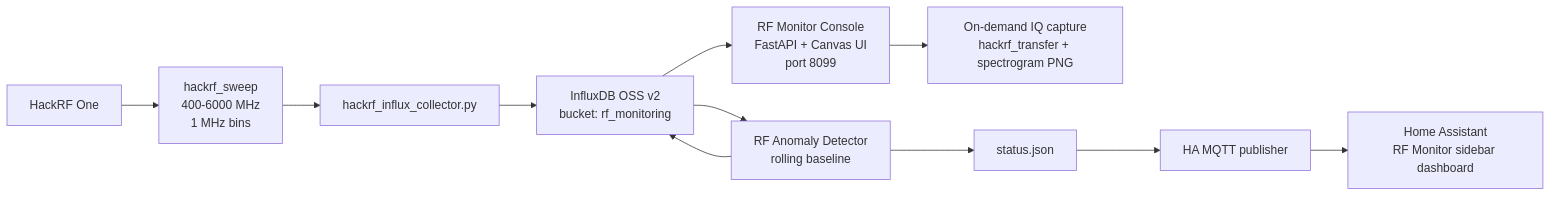
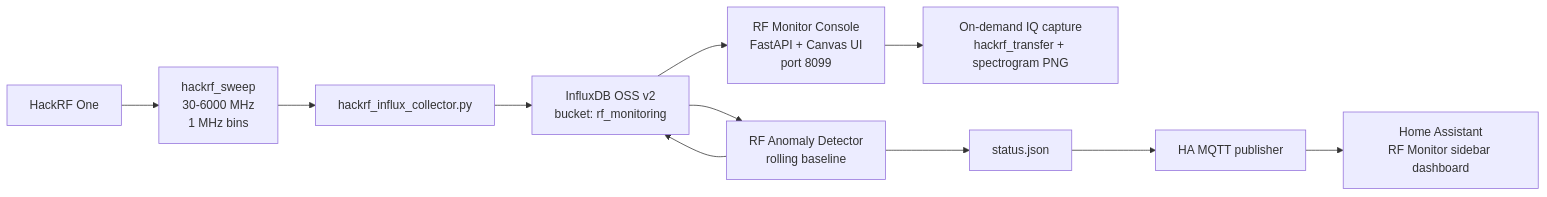
Before and after one commit to cmilkosky/linuxgr-rf-monitor: the first of 2 diagrams in README.md, drawn with Mermaid. The commit also changed 2 other files, not shown here.

Commit message:
Extend sweep coverage to 30 MHz

````diff
--- a/README.md
+++ b/README.md
@@ -18,13 +18,13 @@
 ```mermaid
 flowchart LR
-    HackRF["HackRF One"] --> Sweep["hackrf_sweep<br/>400-6000 MHz<br/>1 MHz bins"]
+    HackRF["HackRF One"] --> Sweep["hackrf_sweep<br/>30-6000 MHz<br/>1 MHz bins"]
     Sweep --> Collector["hackrf_influx_collector.py"]
     Collector --> Influx["InfluxDB OSS v2<br/>bucket: rf_monitoring"]
     Influx --> Console["RF Monitor Console<br/>FastAPI + Canvas UI<br/>port 8099"]
     Console --> Capture["On-demand IQ capture<br/>hackrf_transfer + spectrogram PNG"]
     Influx --> Detector["RF Anomaly Detector<br/>rolling baseline"]
     Detector --> Influx
     Detector --> Status["status.json"]
     Status --> HAPub["HA MQTT publisher"]
     HAPub --> HA["Home Assistant<br/>RF Monitor sidebar dashboard"]
 ```
````
